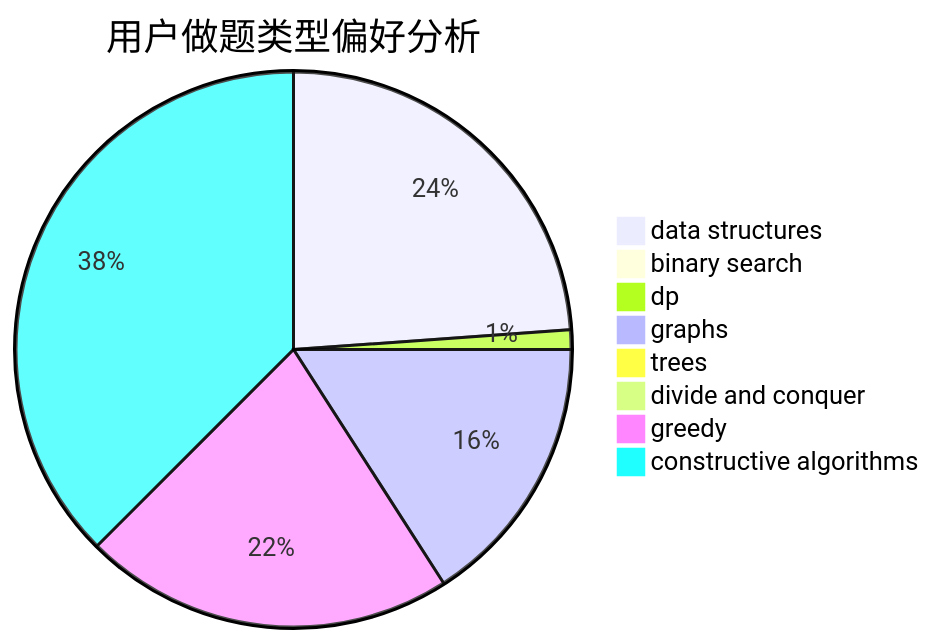
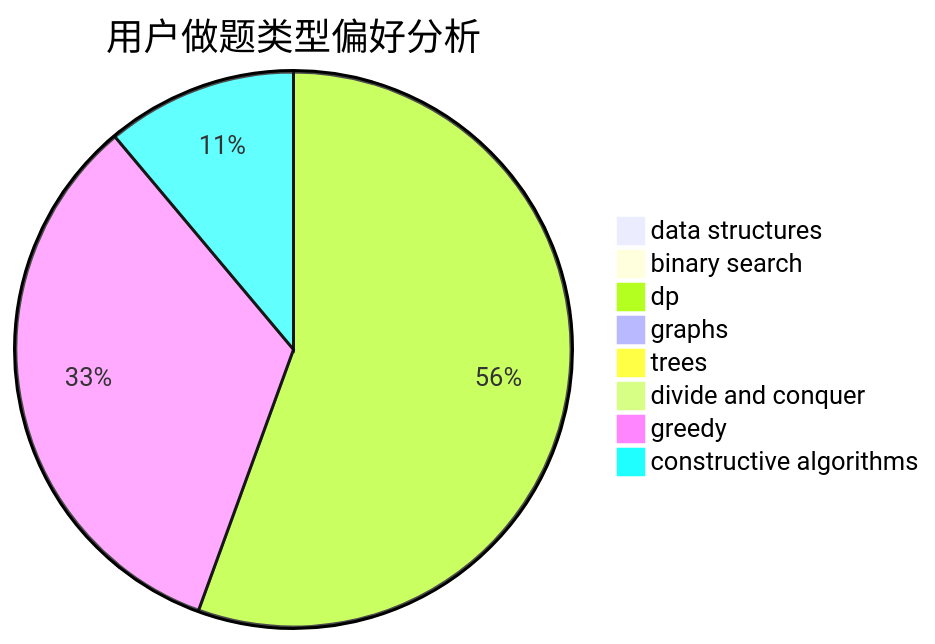
One commit to sherpahu/cfrs.github.io changed the second of 3 diagrams in docs/user/u2199.md. Above: the diagram before and after it, drawn with Mermaid. The commit also changed other lines of this file and 2770 other files, not shown here.

````diff
--- a/docs/user/u2199.md
+++ b/docs/user/u2199.md
@@ -23,11 +23,11 @@
 ```mermaid
 pie title 用户做题类型偏好分析
-    "data structures" :  21
+    "data structures" :  0
     "binary search" :  0
-    "dp" :  1
-    "graphs" :  14
+    "dp" :  5
+    "graphs" :  0
     "trees" :  0
     "divide and conquer" :  0
-    "greedy" :  19
-    "constructive algorithms" :  33
+    "greedy" :  3
+    "constructive algorithms" :  1
 ```
````
